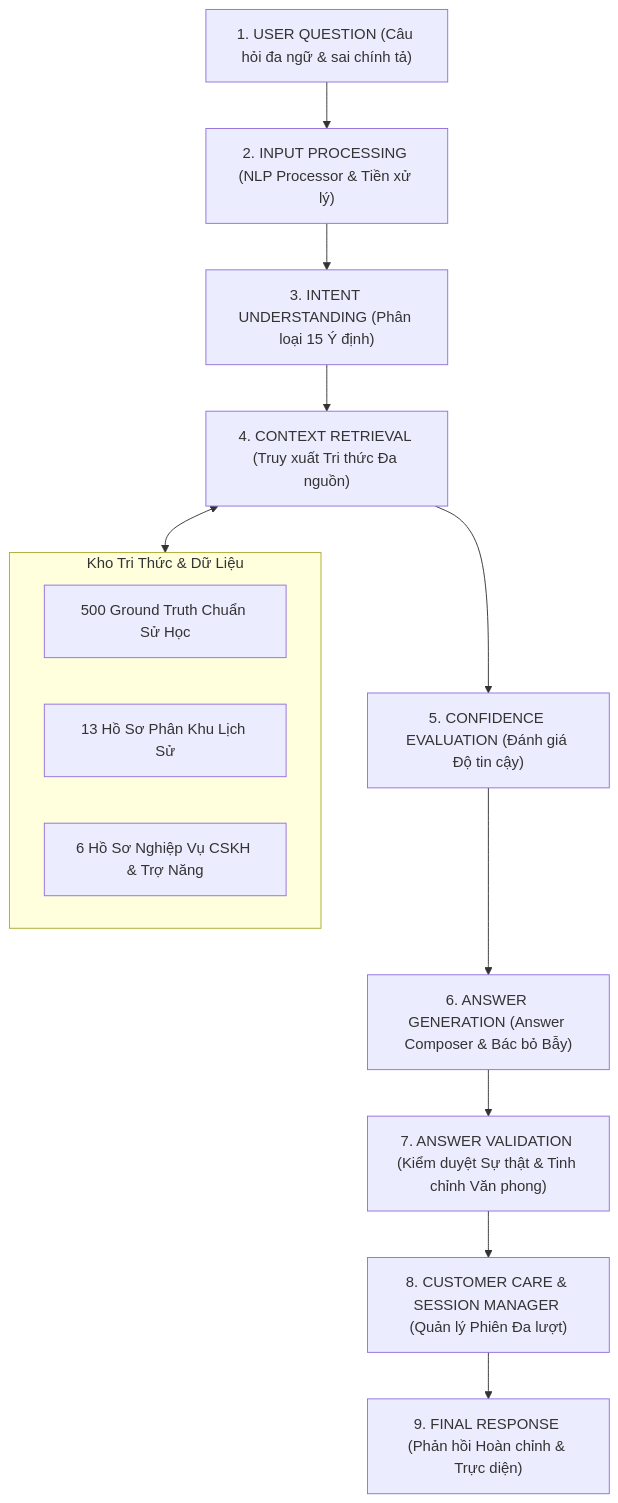
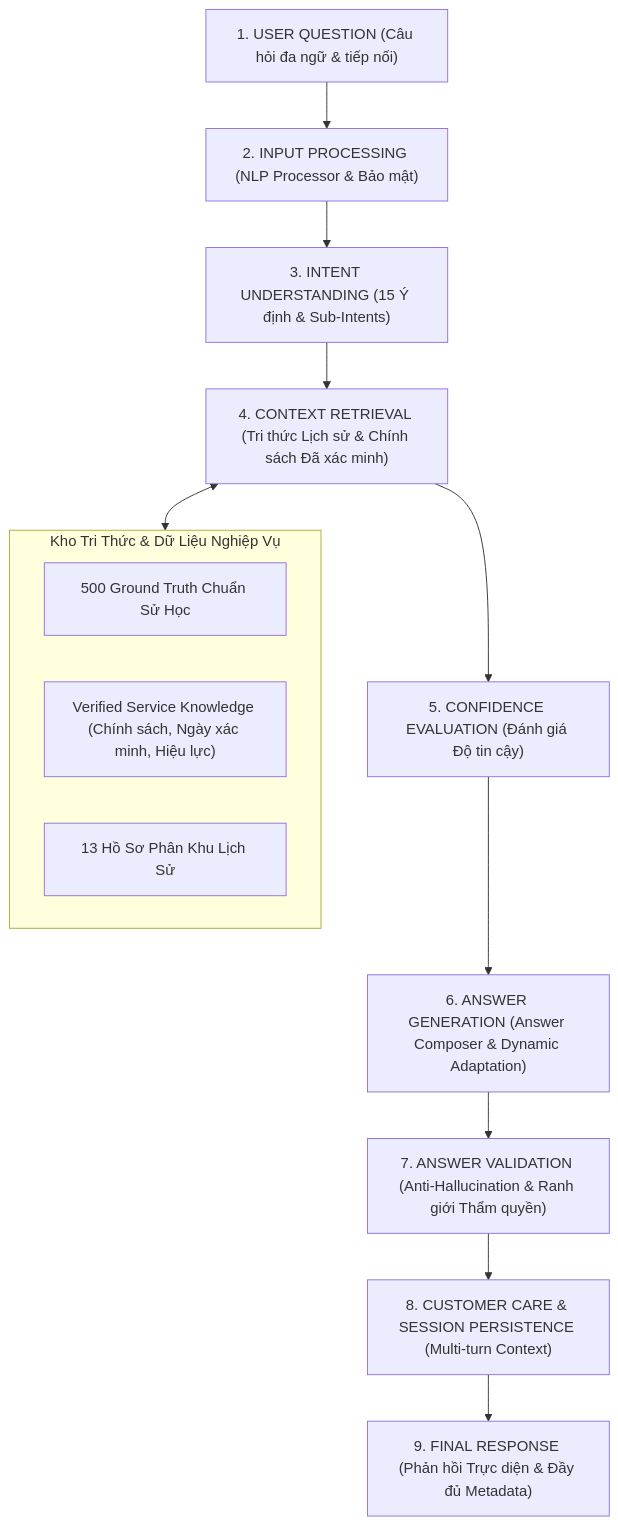
The diagram in README.md (namoktin/repossitory-kiem-thu), drawn with Mermaid before and after one commit. The commit also changed other lines of this file and 17 other files, not shown here.

````diff
--- a/README.md
+++ b/README.md
@@ -29,18 +29,18 @@
 ```mermaid
 flowchart TD
-    UQ["1. USER QUESTION (Câu hỏi đa ngữ & sai chính tả)"] --> NLP["2. INPUT PROCESSING (NLP Processor & Tiền xử lý)"]
-    NLP --> INT["3. INTENT UNDERSTANDING (Phân loại 15 Ý định)"]
-    INT --> CR["4. CONTEXT RETRIEVAL (Truy xuất Tri thức Đa nguồn)"]
+    UQ["1. USER QUESTION (Câu hỏi đa ngữ & tiếp nối)"] --> NLP["2. INPUT PROCESSING (NLP Processor & Bảo mật)"]
+    NLP --> INT["3. INTENT UNDERSTANDING (15 Ý định & Sub-Intents)"]
+    INT --> CR["4. CONTEXT RETRIEVAL (Tri thức Lịch sử & Chính sách Đã xác minh)"]
     CR --> CE["5. CONFIDENCE EVALUATION (Đánh giá Độ tin cậy)"]
-    CE --> AG["6. ANSWER GENERATION (Answer Composer & Bác bỏ Bẫy)"]
-    AG --> AV["7. ANSWER VALIDATION (Kiểm duyệt Sự thật & Tinh chỉnh Văn phong)"]
-    AV --> CC["8. CUSTOMER CARE & SESSION MANAGER (Quản lý Phiên Đa lượt)"]
-    CC --> FR["9. FINAL RESPONSE (Phản hồi Hoàn chỉnh & Trực diện)"]
+    CE --> AG["6. ANSWER GENERATION (Answer Composer & Dynamic Adaptation)"]
+    AG --> AV["7. ANSWER VALIDATION (Anti-Hallucination & Ranh giới Thẩm quyền)"]
+    AV --> CC["8. CUSTOMER CARE & SESSION PERSISTENCE (Multi-turn Context)"]
+    CC --> FR["9. FINAL RESPONSE (Phản hồi Trực diện & Đầy đủ Metadata)"]
 
-    subgraph KnowledgePool ["Kho Tri Thức & Dữ Liệu"]
+    subgraph KnowledgePool ["Kho Tri Thức & Dữ Liệu Nghiệp Vụ"]
         GT["500 Ground Truth Chuẩn Sử Học"]
+        VK["Verified Service Knowledge (Chính sách, Ngày xác minh, Hiệu lực)"]
         HD["13 Hồ Sơ Phân Khu Lịch Sử"]
-        CD["6 Hồ Sơ Nghiệp Vụ CSKH & Trợ Năng"]
     end
     CR <--> KnowledgePool
 ```
````
